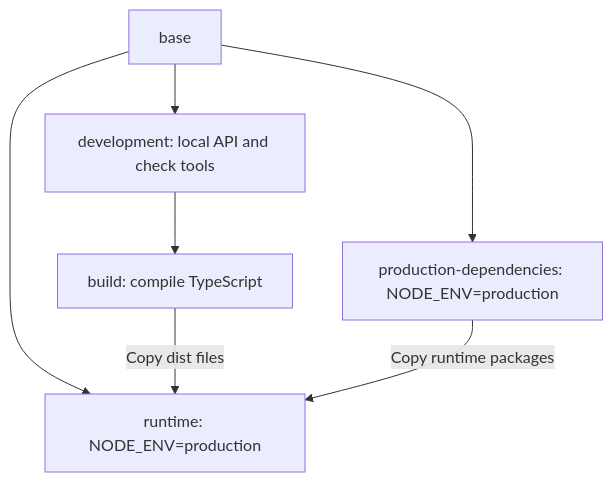
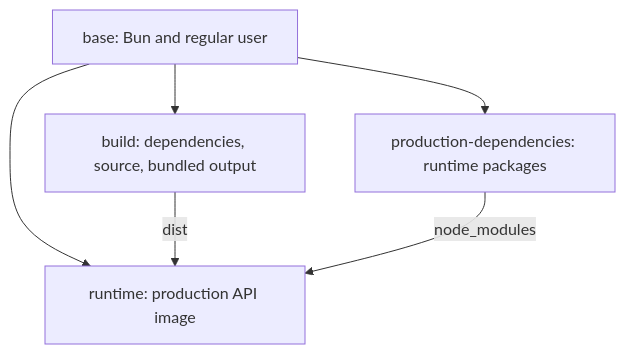
Before and after one commit to jaminwebdev/hono-drizzle-api: the third of 3 diagrams in docs/docker-guide.md, drawn with Mermaid. The commit also changed other lines of this file and 22 other files, not shown here.

Commit message:
switch to local dev

````diff
--- a/docs/docker-guide.md
+++ b/docs/docker-guide.md
@@ -315,9 +242,8 @@
 ```mermaid
 flowchart TD
-    Base["base"] --> Dev["development: local API and check tools"]
-    Dev --> Build["build: compile TypeScript"]
-    Base --> Dependencies["production-dependencies: NODE_ENV=production"]
-    Base --> Runtime["runtime: NODE_ENV=production"]
-    Build -->|"Copy dist files"| Runtime
-    Dependencies -->|"Copy runtime packages"| Runtime
+    Base["base: Bun and regular user"] --> Build["build: dependencies, source, bundled output"]
+    Base --> Packages["production-dependencies: runtime packages"]
+    Base --> Runtime["runtime: production API image"]
+    Build -->|"dist"| Runtime
+    Packages -->|"node_modules"| Runtime
 ```
````
